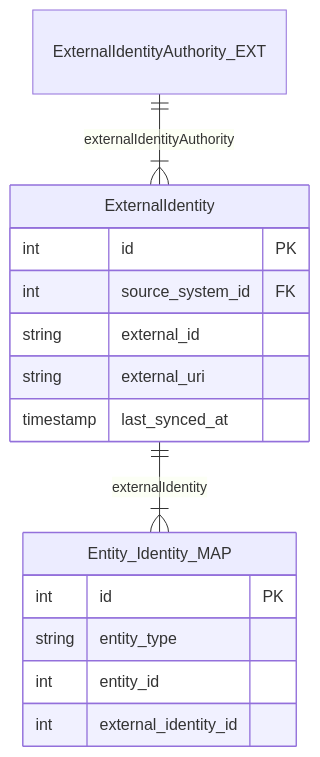
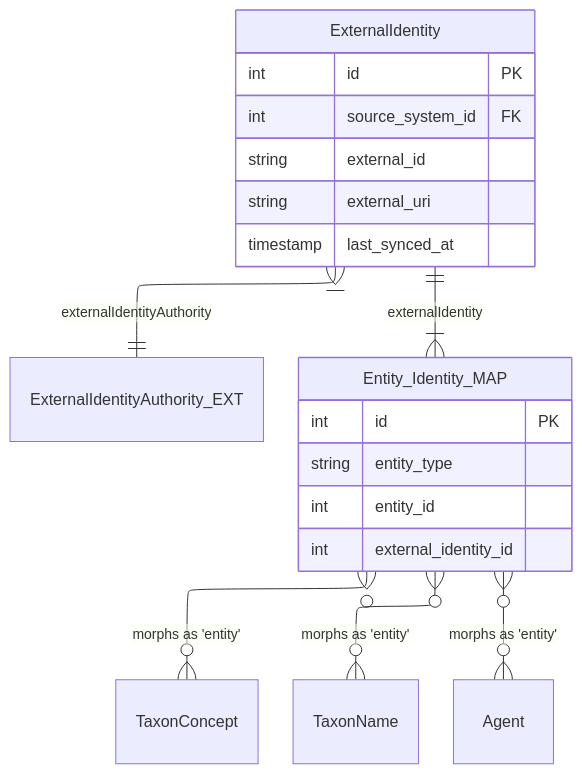
The eighth of 18 diagrams in docs/layers.md (vicflora/vicflora-data-model-2026), drawn with Mermaid before and after one commit. The commit also changed other lines of this file and 2 other files, not shown here.

````diff
--- a/docs/layers.md
+++ b/docs/layers.md
@@ -499,24 +578,28 @@
 ```mermaid
 ---
 config:
   layout: elk
 ---
 erDiagram
-    ExternalIdentityAuthority_EXT ||--|{ ExternalIdentity : "externalIdentityAuthority"
+    ExternalIdentity }|--|| ExternalIdentityAuthority_EXT : "externalIdentityAuthority"
     ExternalIdentity ||--|{ Entity_Identity_MAP : "externalIdentity"
+
+    Entity_Identity_MAP }o--o{ TaxonConcept : "morphs as 'entity'"
+    Entity_Identity_MAP }o--o{ TaxonName : "morphs as 'entity'"
+    Entity_Identity_MAP }o--o{ Agent : "morphs as 'entity'"
 
     ExternalIdentity {
         int id PK
         int source_system_id FK 
         string external_id
         string external_uri
         timestamp last_synced_at
     }
 
     Entity_Identity_MAP {
         int id PK
         string entity_type
         int entity_id
         int external_identity_id
     }
 ```
````
